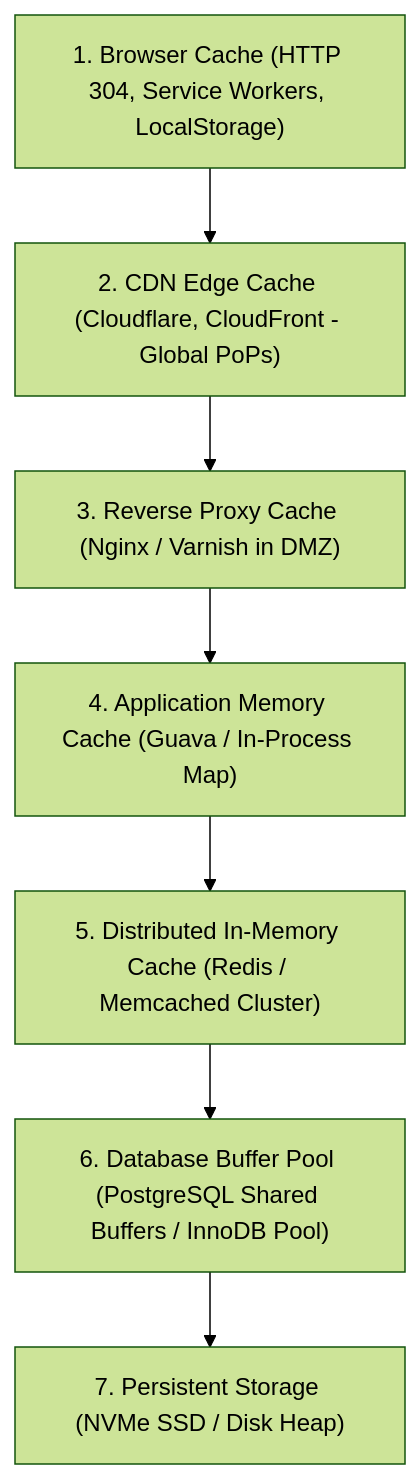
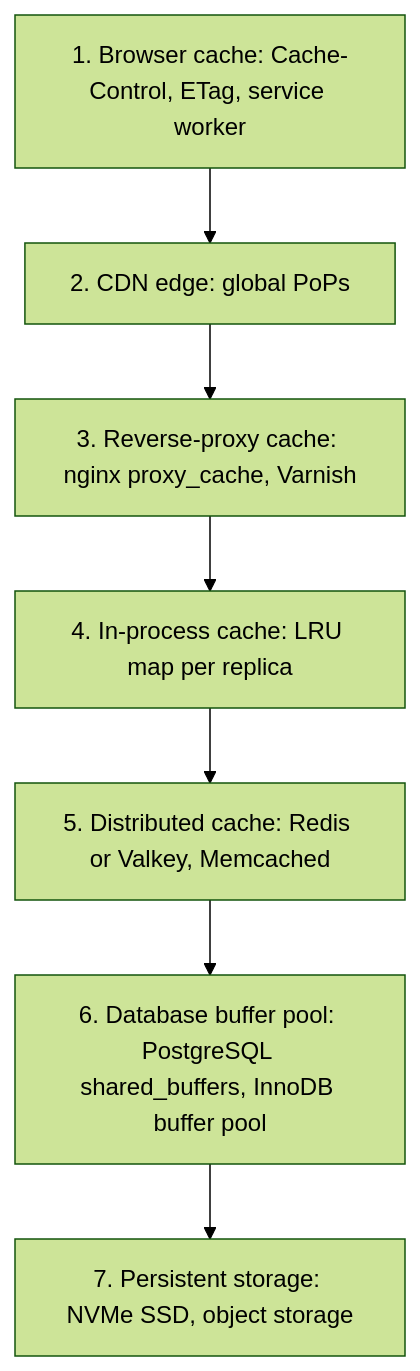
Before and after one commit to TheLearningHubOrg/learn-system-design: diagram 20 of 42 in README.md, drawn with Mermaid (forest theme). The commit also changed other lines of this file and 37 other files, not shown here.

````diff
--- a/README.md
+++ b/README.md
@@ -355,9 +1657,9 @@
 ```mermaid
 flowchart TD
-    Tier1["1. Browser Cache (HTTP 304, Service Workers, LocalStorage)"] --> Tier2["2. CDN Edge Cache (Cloudflare, CloudFront - Global PoPs)"]
-    Tier2 --> Tier3["3. Reverse Proxy Cache (Nginx / Varnish in DMZ)"]
-    Tier3 --> Tier4["4. Application Memory Cache (Guava / In-Process Map)"]
-    Tier4 --> Tier5["5. Distributed In-Memory Cache (Redis / Memcached Cluster)"]
-    Tier5 --> Tier6["6. Database Buffer Pool (PostgreSQL Shared Buffers / InnoDB Pool)"]
-    Tier6 --> Disk["7. Persistent Storage (NVMe SSD / Disk Heap)"]
+    Tier1["1. Browser cache: Cache-Control, ETag, service worker"] --> Tier2["2. CDN edge: global PoPs"]
+    Tier2 --> Tier3["3. Reverse-proxy cache: nginx proxy_cache, Varnish"]
+    Tier3 --> Tier4["4. In-process cache: LRU map per replica"]
+    Tier4 --> Tier5["5. Distributed cache: Redis or Valkey, Memcached"]
+    Tier5 --> Tier6["6. Database buffer pool: PostgreSQL shared_buffers, InnoDB buffer pool"]
+    Tier6 --> Disk["7. Persistent storage: NVMe SSD, object storage"]
 ```
````
